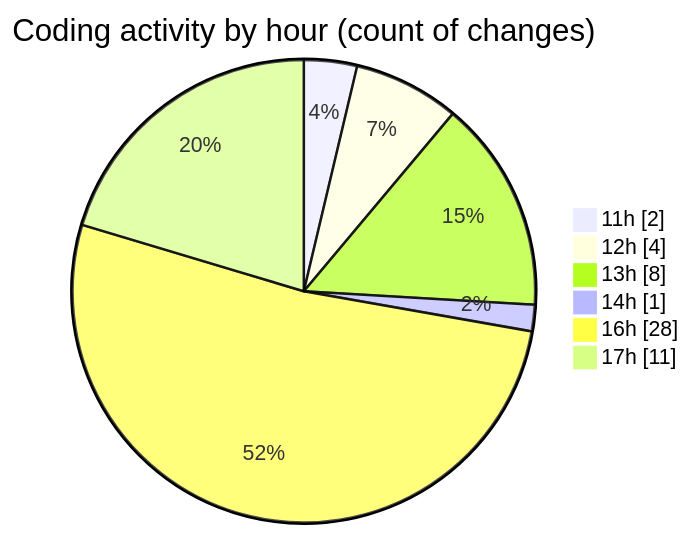
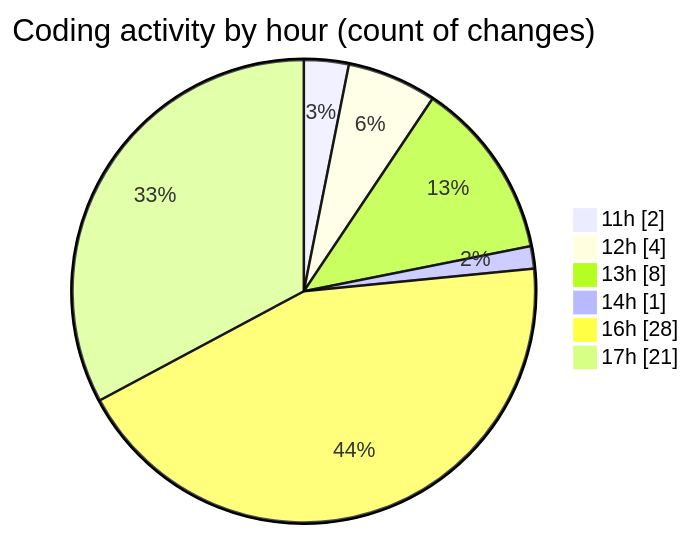
Before and after one commit to nxtqubesakshisongat/code-tracking: the second of 2 diagrams in 2026-01-30/nxtqube_webapp/README.md, drawn with Mermaid. The commit also changed other lines of this file and 1 other file, not shown here.

````diff
--- a/2026-01-30/nxtqube_webapp/README.md
+++ b/2026-01-30/nxtqube_webapp/README.md
@@ -32,10 +32,10 @@
 ```mermaid
 pie showData
 title Coding activity by hour (count of changes)
 "11h" : 2
 "12h" : 4
 "13h" : 8
 "14h" : 1
 "16h" : 28
-"17h" : 11
+"17h" : 21
 ```
````
